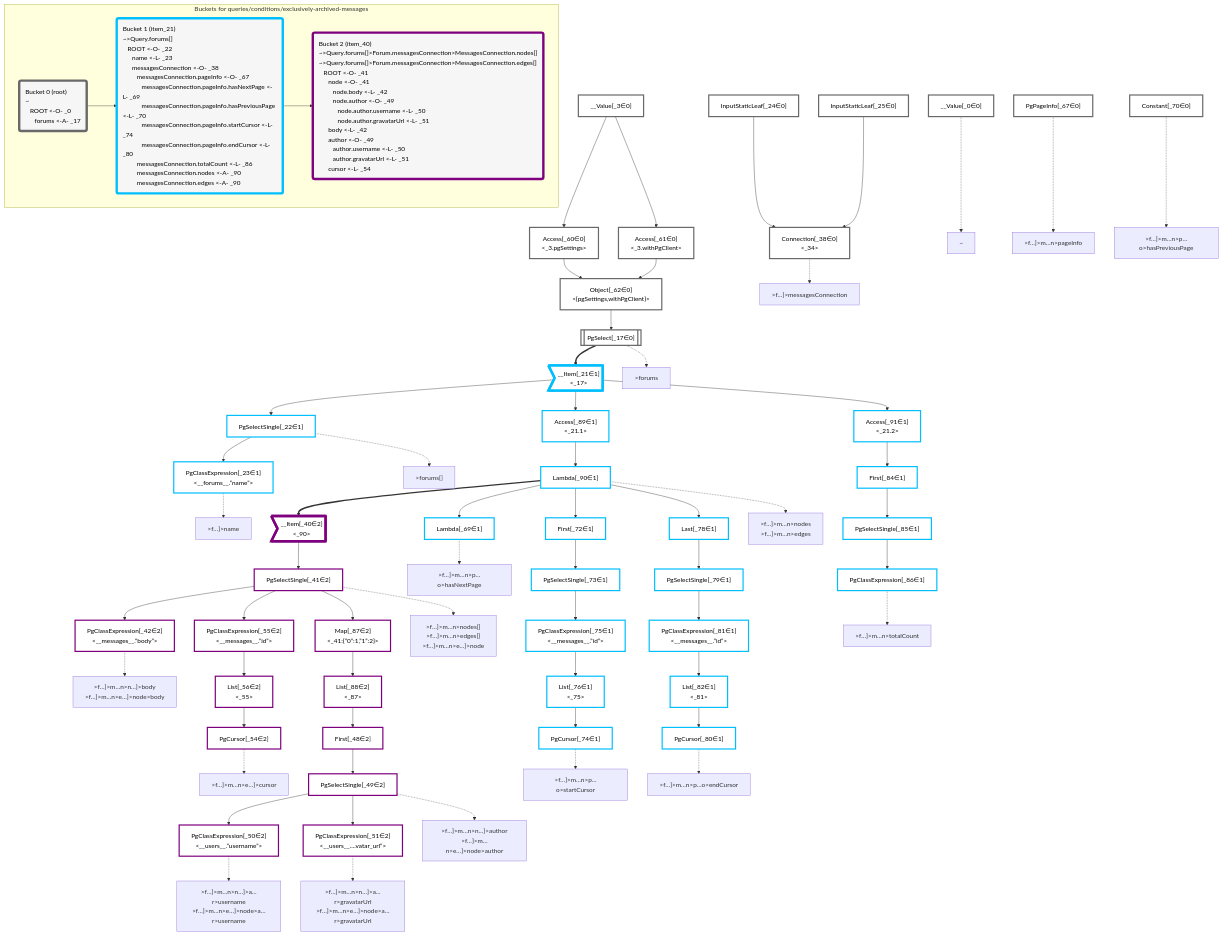
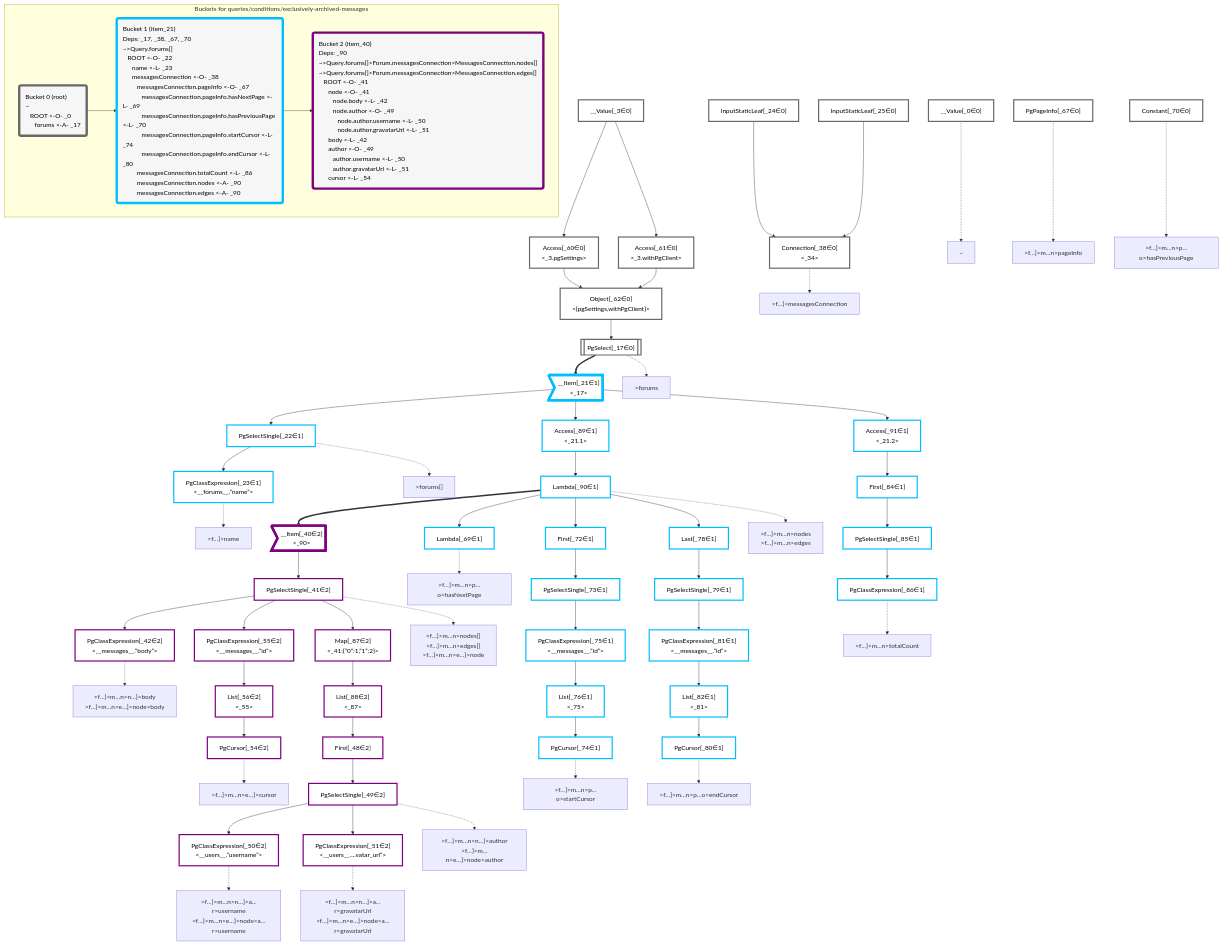
Before and after one commit to graphile/crystal: the diagram in packages/dataplan-pg/__tests__/queries/conditions/exclusively-archived-messages.mermaid.md, drawn with Mermaid. The commit also changed 157 other files, not shown here.

Commit message:
Add deps to all query snapshots

```diff
--- a/packages/dataplan-pg/__tests__/queries/conditions/exclusively-archived-messages.mermaid.md
+++ b/packages/dataplan-pg/__tests__/queries/conditions/exclusively-archived-messages.mermaid.md
@@ -142,10 +142,10 @@
     subgraph "Buckets for queries/conditions/exclusively-archived-messages"
     Bucket0("Bucket 0 (root)<br />~<br />⠀ROOT <-O- _0<br />⠀⠀forums <-A- _17"):::bucket
     style Bucket0 stroke:#696969
-    Bucket1("Bucket 1 (item_21)<br />~>Query.forums[]<br />⠀ROOT <-O- _22<br />⠀⠀name <-L- _23<br />⠀⠀messagesConnection <-O- _38<br />⠀⠀⠀messagesConnection.pageInfo <-O- _67<br />⠀⠀⠀⠀messagesConnection.pageInfo.hasNextPage <-L- _69<br />⠀⠀⠀⠀messagesConnection.pageInfo.hasPreviousPage <-L- _70<br />⠀⠀⠀⠀messagesConnection.pageInfo.startCursor <-L- _74<br />⠀⠀⠀⠀messagesConnection.pageInfo.endCursor <-L- _80<br />⠀⠀⠀messagesConnection.totalCount <-L- _86<br />⠀⠀⠀messagesConnection.nodes <-A- _90<br />⠀⠀⠀messagesConnection.edges <-A- _90"):::bucket
+    Bucket1("Bucket 1 (item_21)<br />Deps: _17, _38, _67, _70<br />~>Query.forums[]<br />⠀ROOT <-O- _22<br />⠀⠀name <-L- _23<br />⠀⠀messagesConnection <-O- _38<br />⠀⠀⠀messagesConnection.pageInfo <-O- _67<br />⠀⠀⠀⠀messagesConnection.pageInfo.hasNextPage <-L- _69<br />⠀⠀⠀⠀messagesConnection.pageInfo.hasPreviousPage <-L- _70<br />⠀⠀⠀⠀messagesConnection.pageInfo.startCursor <-L- _74<br />⠀⠀⠀⠀messagesConnection.pageInfo.endCursor <-L- _80<br />⠀⠀⠀messagesConnection.totalCount <-L- _86<br />⠀⠀⠀messagesConnection.nodes <-A- _90<br />⠀⠀⠀messagesConnection.edges <-A- _90"):::bucket
     style Bucket1 stroke:#00bfff
     Bucket0 --> Bucket1
-    Bucket2("Bucket 2 (item_40)<br />~>Query.forums[]>Forum.messagesConnection>MessagesConnection.nodes[]<br />~>Query.forums[]>Forum.messagesConnection>MessagesConnection.edges[]<br />⠀ROOT <-O- _41<br />⠀⠀node <-O- _41<br />⠀⠀⠀node.body <-L- _42<br />⠀⠀⠀node.author <-O- _49<br />⠀⠀⠀⠀node.author.username <-L- _50<br />⠀⠀⠀⠀node.author.gravatarUrl <-L- _51<br />⠀⠀body <-L- _42<br />⠀⠀author <-O- _49<br />⠀⠀⠀author.username <-L- _50<br />⠀⠀⠀author.gravatarUrl <-L- _51<br />⠀⠀cursor <-L- _54"):::bucket
+    Bucket2("Bucket 2 (item_40)<br />Deps: _90<br />~>Query.forums[]>Forum.messagesConnection>MessagesConnection.nodes[]<br />~>Query.forums[]>Forum.messagesConnection>MessagesConnection.edges[]<br />⠀ROOT <-O- _41<br />⠀⠀node <-O- _41<br />⠀⠀⠀node.body <-L- _42<br />⠀⠀⠀node.author <-O- _49<br />⠀⠀⠀⠀node.author.username <-L- _50<br />⠀⠀⠀⠀node.author.gravatarUrl <-L- _51<br />⠀⠀body <-L- _42<br />⠀⠀author <-O- _49<br />⠀⠀⠀author.username <-L- _50<br />⠀⠀⠀author.gravatarUrl <-L- _51<br />⠀⠀cursor <-L- _54"):::bucket
     style Bucket2 stroke:#7f007f
     Bucket1 --> Bucket2
     end
```
